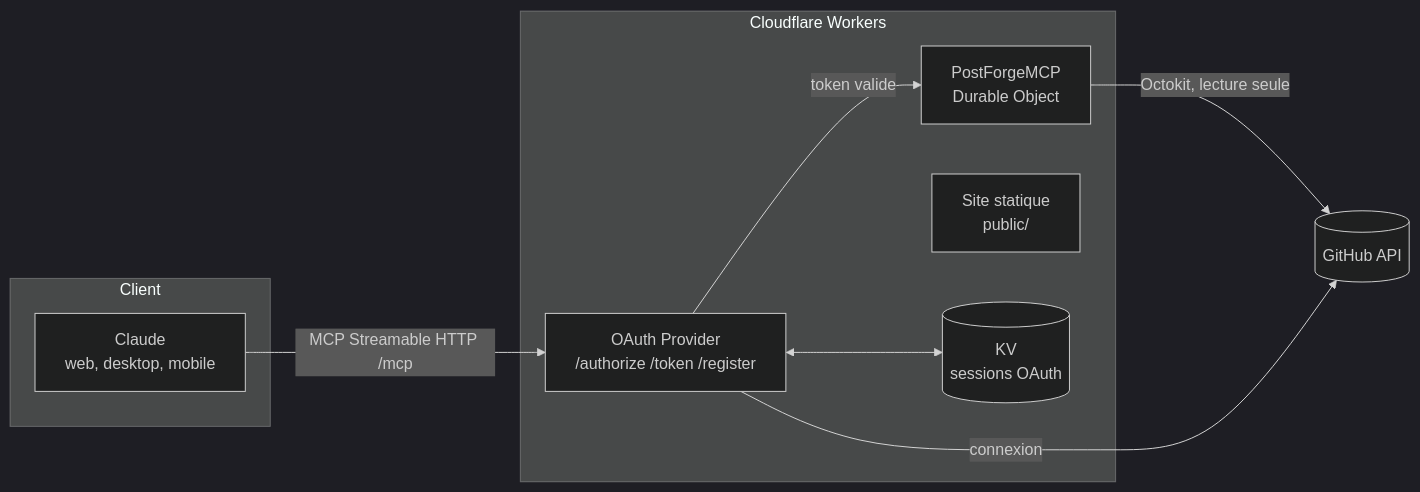
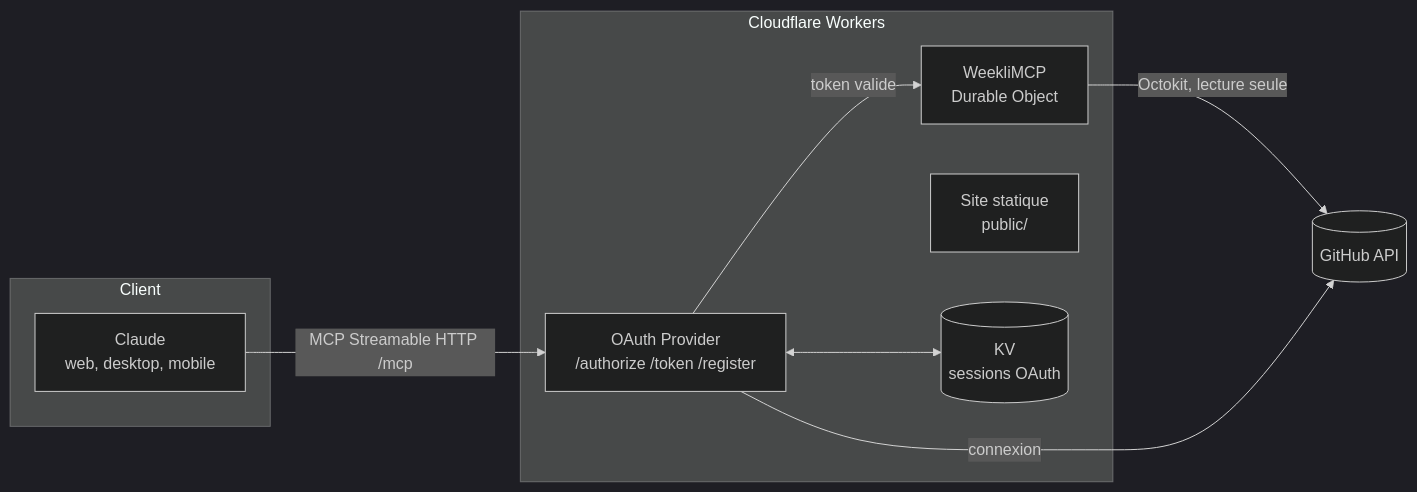
The second of 2 diagrams in README.md (Souf-F/weekli), drawn with Mermaid (dark theme) before and after one commit. The commit also changed other lines of this file and 11 other files, not shown here.

````diff
--- a/README.md
+++ b/README.md
@@ -43,21 +43,21 @@
 ```mermaid
 flowchart LR
     subgraph Client
         C[Claude<br/>web, desktop, mobile]
     end
 
     subgraph CF[Cloudflare Workers]
         O[OAuth Provider<br/>/authorize /token /register]
-        M[PostForgeMCP<br/>Durable Object]
+        M[WeekliMCP<br/>Durable Object]
         S[Site statique<br/>public/]
         KV[(KV<br/>sessions OAuth)]
     end
 
     GH[(GitHub API)]
 
     C -- MCP Streamable HTTP /mcp --> O
     O -- token valide --> M
     O <--> KV
     M -- Octokit, lecture seule --> GH
     O -- connexion --> GH
 ```
````
